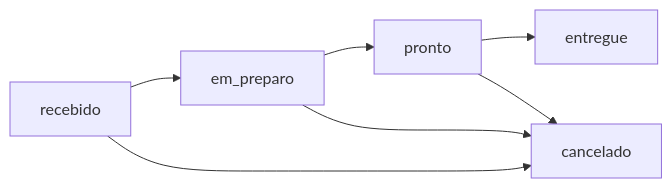
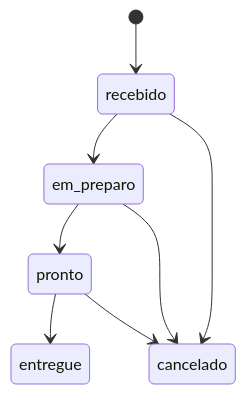
One commit to EduardoLavall/Burguer-restaurant-Springboot changed the fifth of 6 diagrams in APRESENTACAO_AULA.md. Above: the diagram before and after it, drawn with Mermaid. The commit also changed other lines of this file and 9 other files, not shown here.

````diff
--- a/APRESENTACAO_AULA.md
+++ b/APRESENTACAO_AULA.md
@@ -508,9 +773,10 @@
 ```mermaid
-flowchart LR
-    Recebido[recebido] --> Preparo[em_preparo]
-    Preparo --> Pronto[pronto]
-    Pronto --> Entregue[entregue]
-    Recebido --> Cancelado[cancelado]
-    Preparo --> Cancelado
-    Pronto --> Cancelado
+stateDiagram-v2
+    [*] --> recebido
+    recebido --> em_preparo
+    em_preparo --> pronto
+    pronto --> entregue
+    recebido --> cancelado
+    em_preparo --> cancelado
+    pronto --> cancelado
 ```
````
